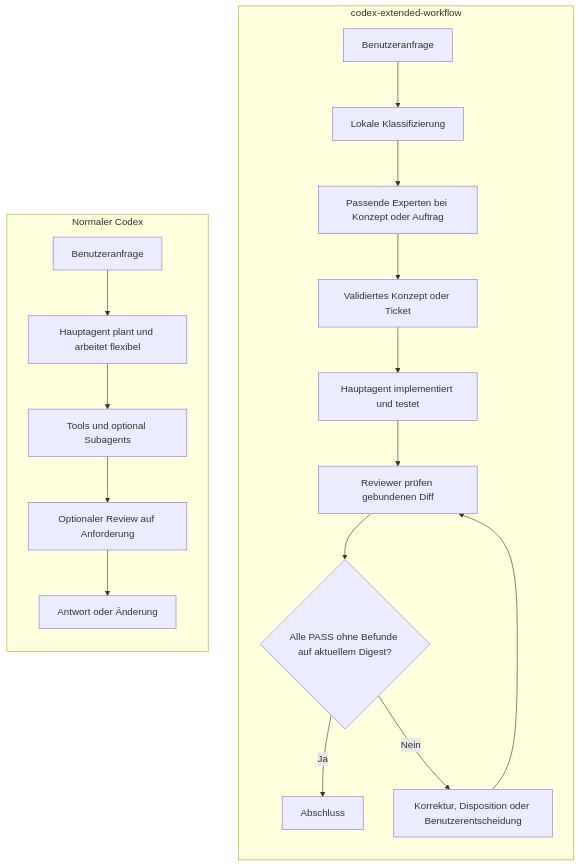
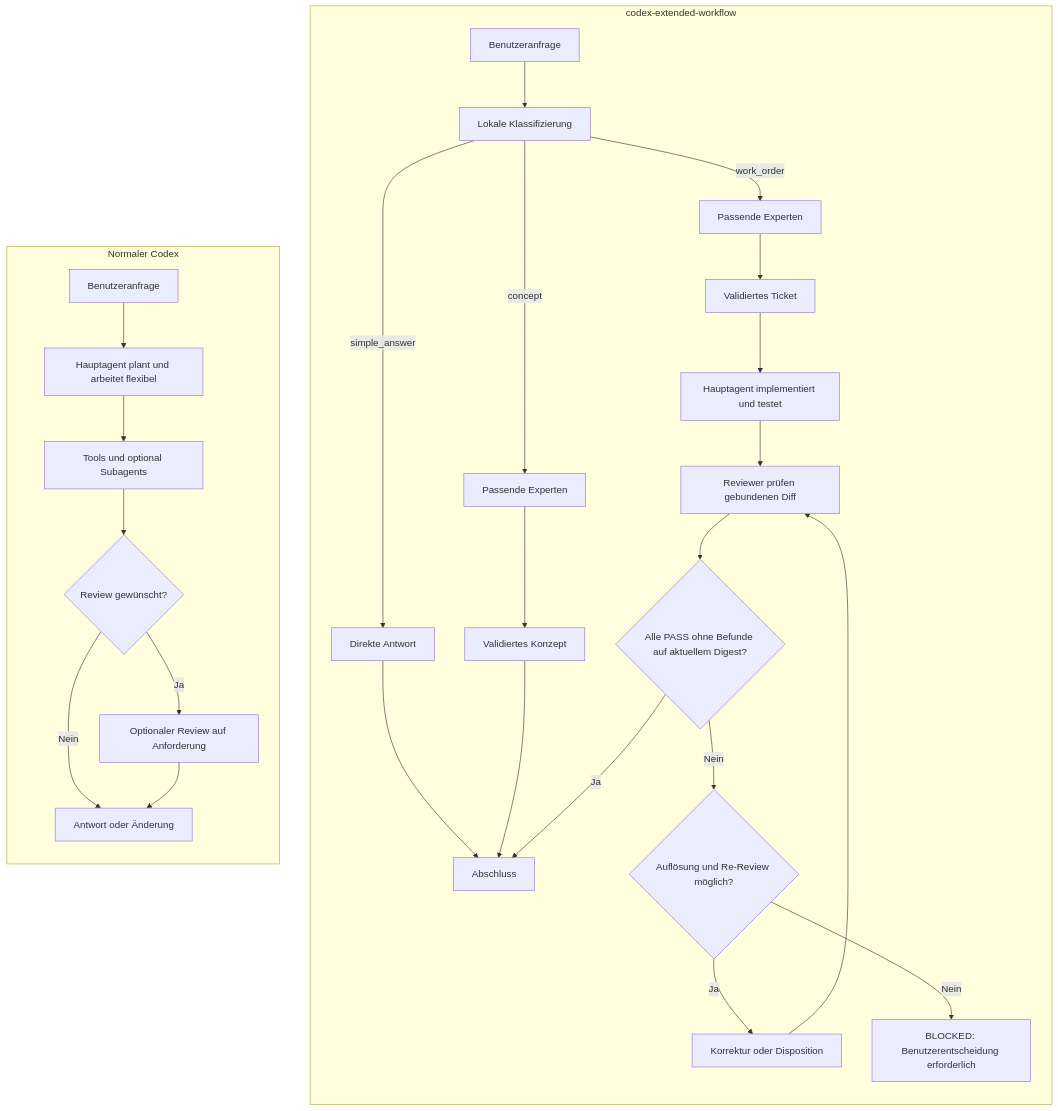
One commit to mikmann/own-codex changed the diagram in docs/codex-extended-workflow/05-vergleich-mit-codex.md. Above: the diagram before and after it, drawn with Mermaid. The commit also changed other lines of this file and 13 other files, not shown here.

````diff
--- a/docs/codex-extended-workflow/05-vergleich-mit-codex.md
+++ b/docs/codex-extended-workflow/05-vergleich-mit-codex.md
@@ -66,25 +67,34 @@
 ```mermaid
 flowchart LR
     subgraph N["Normaler Codex"]
         direction TB
         N1["Benutzeranfrage"] --> N2["Hauptagent plant und arbeitet flexibel"]
         N2 --> N3["Tools und optional Subagents"]
-        N3 --> N4["Optionaler Review auf Anforderung"]
-        N4 --> N5["Antwort oder Änderung"]
+        N3 --> N4{"Review gewünscht?"}
+        N4 -->|"Nein"| N6["Antwort oder Änderung"]
+        N4 -->|"Ja"| N5["Optionaler Review auf Anforderung"]
+        N5 --> N6
     end
 
     subgraph E["codex-extended-workflow"]
         direction TB
         E1["Benutzeranfrage"] --> E2["Lokale Klassifizierung"]
-        E2 --> E3["Passende Experten bei Konzept oder Auftrag"]
-        E3 --> E4["Validiertes Konzept oder Ticket"]
-        E4 --> E5["Hauptagent implementiert und testet"]
-        E5 --> E6["Reviewer prüfen gebundenen Diff"]
-        E6 --> E7{"Alle PASS ohne Befunde auf aktuellem Digest?"}
-        E7 -->|"Ja"| E8["Abschluss"]
-        E7 -->|"Nein"| E9["Korrektur, Disposition oder Benutzerentscheidung"]
-        E9 --> E6
+        E2 -->|"simple_answer"| E3["Direkte Antwort"]
+        E3 --> E10["Abschluss"]
+        E2 -->|"concept"| E4["Passende Experten"]
+        E4 --> E5["Validiertes Konzept"]
+        E5 --> E10
+        E2 -->|"work_order"| E6["Passende Experten"]
+        E6 --> E7["Validiertes Ticket"]
+        E7 --> E8["Hauptagent implementiert und testet"]
+        E8 --> E9["Reviewer prüfen gebundenen Diff"]
+        E9 --> E11{"Alle PASS ohne Befunde auf aktuellem Digest?"}
+        E11 -->|"Ja"| E10
+        E11 -->|"Nein"| E12{"Auflösung und Re-Review möglich?"}
+        E12 -->|"Ja"| E13["Korrektur oder Disposition"]
+        E13 --> E9
+        E12 -->|"Nein"| E14["BLOCKED: Benutzerentscheidung erforderlich"]
     end
 
     N1 ~~~ E1
 ```
````
